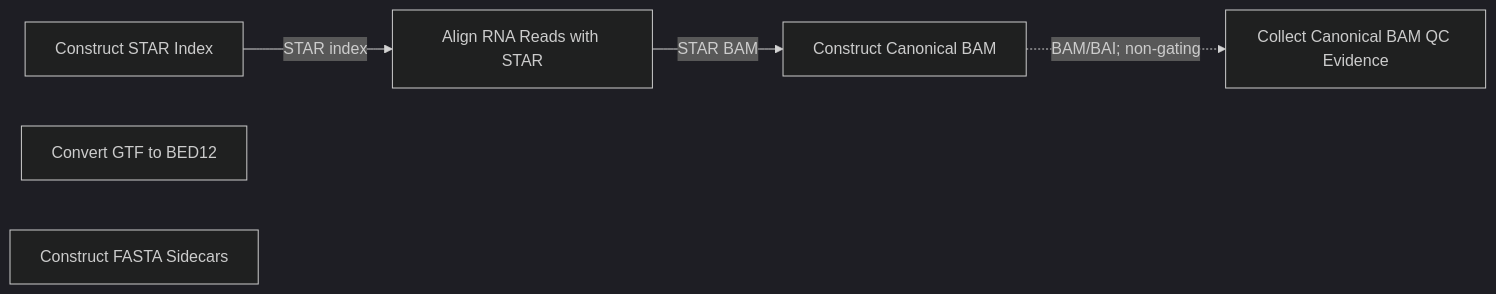
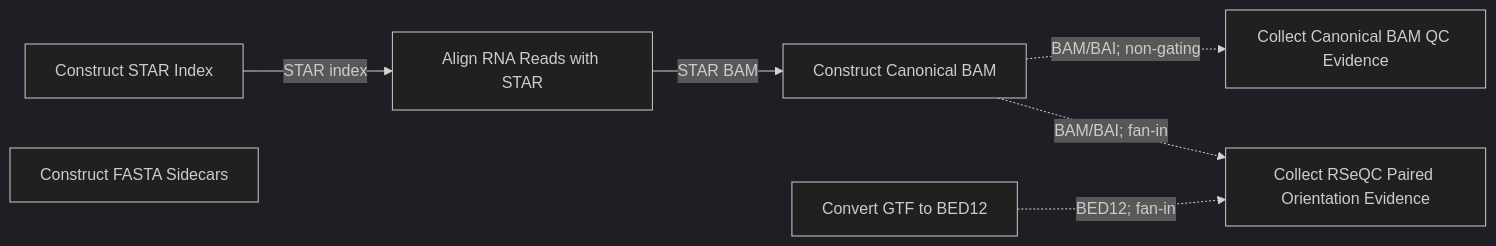
One commit to lab-cats/EMRYS changed the diagram in src/norad/contracts/STAGE_MAP.md. Above: the diagram before and after it, drawn with Mermaid (dark theme). The commit also changed other lines of this file, not shown here.

Commit message:
docs: map non-gating orientation evidence

````diff
--- a/src/norad/contracts/STAGE_MAP.md
+++ b/src/norad/contracts/STAGE_MAP.md
@@ -96,13 +99,16 @@
 ```mermaid
 flowchart LR
     construct_STAR_index["Construct STAR Index"]
     convert_GTF_to_BED12["Convert GTF to BED12"]
     construct_FASTA_sidecars["Construct FASTA Sidecars"]
     align_RNA_reads_with_STAR["Align RNA Reads with STAR"]
     construct_canonical_BAM["Construct Canonical BAM"]
     collect_canonical_BAM_QC_evidence["Collect Canonical BAM QC Evidence"]
+    collect_RSeQC_paired_orientation_evidence["Collect RSeQC Paired Orientation Evidence"]
 
     construct_STAR_index -->|STAR index| align_RNA_reads_with_STAR
     align_RNA_reads_with_STAR -->|STAR BAM| construct_canonical_BAM
     construct_canonical_BAM -.->|BAM/BAI; non-gating| collect_canonical_BAM_QC_evidence
+    construct_canonical_BAM -.->|BAM/BAI; fan-in| collect_RSeQC_paired_orientation_evidence
+    convert_GTF_to_BED12 -.->|BED12; fan-in| collect_RSeQC_paired_orientation_evidence
 ```
````
